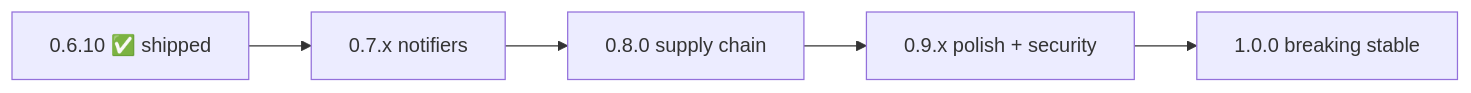
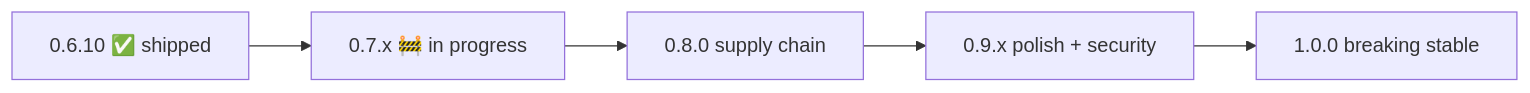
The diagram in ROADMAP.md (hrodrig/pgwd), drawn with Mermaid before and after one commit. The commit also changed other lines of this file and 2 other files, not shown here.

First line of the commit message:
docs(roadmap): mark 0.7.x in progress

````diff
--- a/ROADMAP.md
+++ b/ROADMAP.md
@@ -19,7 +19,7 @@
 ```mermaid
 flowchart LR
-  A["0.6.10 ✅ shipped"] --> B["0.7.x notifiers"]
+  A["0.6.10 ✅ shipped"] --> B["0.7.x 🚧 in progress"]
   B --> C["0.8.0 supply chain"]
   C --> D["0.9.x polish + security"]
   D --> E["1.0.0 breaking stable"]
 ```
````
